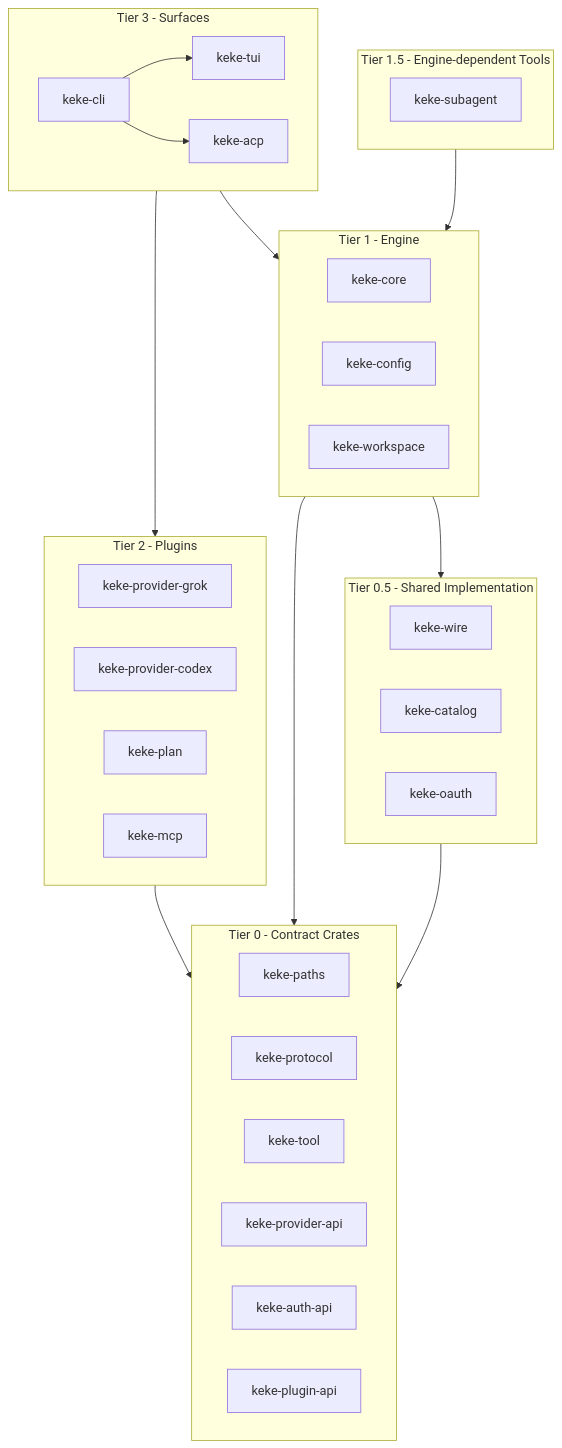
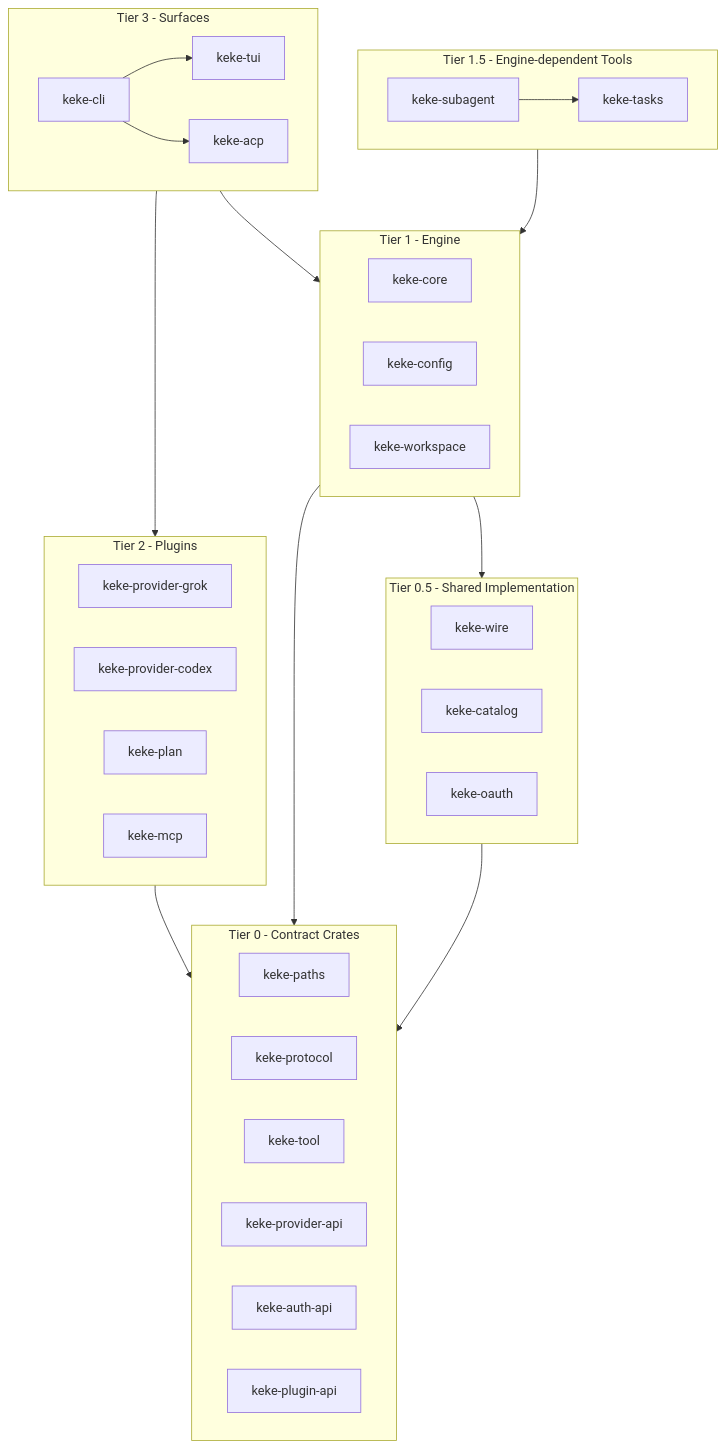
Before and after one commit to milisp/keke-agent: the diagram in docs/architecture.md, drawn with Mermaid. The commit also changed other lines of this file and 26 other files, not shown here.

````diff
--- a/docs/architecture.md
+++ b/docs/architecture.md
@@ -46,47 +46,47 @@
 ```mermaid
 graph TD
     subgraph Tier3["Tier 3 - Surfaces"]
         keke-cli --> keke-tui
         keke-cli --> keke-acp
     end
 
     subgraph Tier2["Tier 2 - Plugins"]
         keke-provider-grok
         keke-provider-codex
         keke-plan
         keke-mcp
     end
 
     subgraph Tier1_5["Tier 1.5 - Engine-dependent Tools"]
-        keke-subagent
+        keke-subagent --> keke-tasks
     end
 
     subgraph Tier1["Tier 1 - Engine"]
         keke-core
         keke-config
         keke-workspace
     end
 
     subgraph Tier0_5["Tier 0.5 - Shared Implementation"]
         keke-wire
         keke-catalog
         keke-oauth
     end
 
     subgraph Tier0["Tier 0 - Contract Crates"]
         keke-paths
         keke-protocol
         keke-tool
         keke-provider-api
         keke-auth-api
         keke-plugin-api
     end
 
     Tier3 --> Tier2
     Tier3 --> Tier1
     Tier2 --> Tier0
     Tier1_5 --> Tier1
     Tier1 --> Tier0_5
     Tier1 --> Tier0
     Tier0_5 --> Tier0
 ```
````
